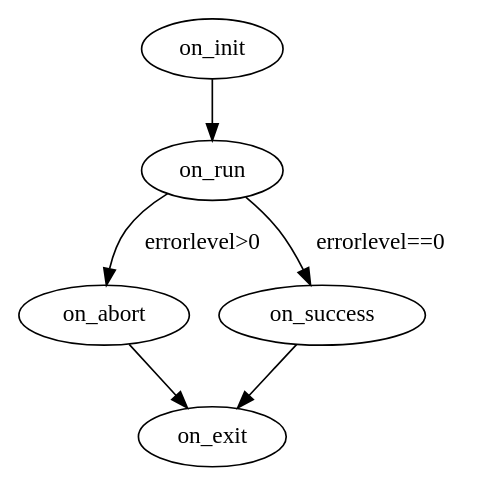
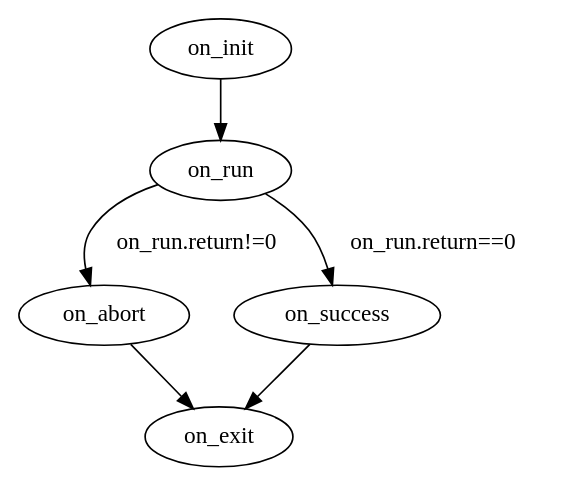
Before and after one commit to busche/evere: the diagram in docs/figure/traps/component_state.dot, drawn with Graphviz. The commit also changed 2 other files, not shown here.

```diff
--- a/docs/figure/traps/component_state.dot
+++ b/docs/figure/traps/component_state.dot
@@ -1,15 +1,15 @@
 digraph component_state {
 on_init;
 on_run;
 on_abort;
 on_success;
 on_exit;
 
 on_init -> on_run;
-on_run -> on_success [label="errorlevel==0"];
-on_run -> on_abort [label="errorlevel>0"];
+on_run -> on_success [label="on_run.return==0"];
+on_run -> on_abort [label="on_run.return!=0"];
 on_success -> on_exit;
 on_abort -> on_exit;
 
 	
 }
```
